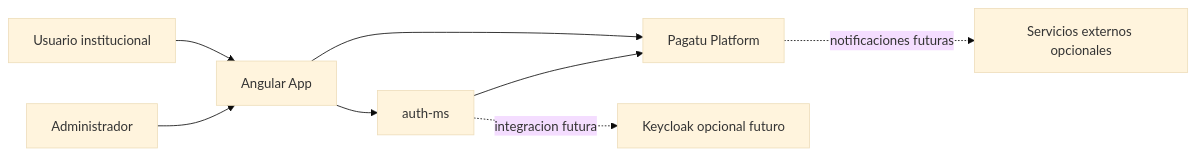
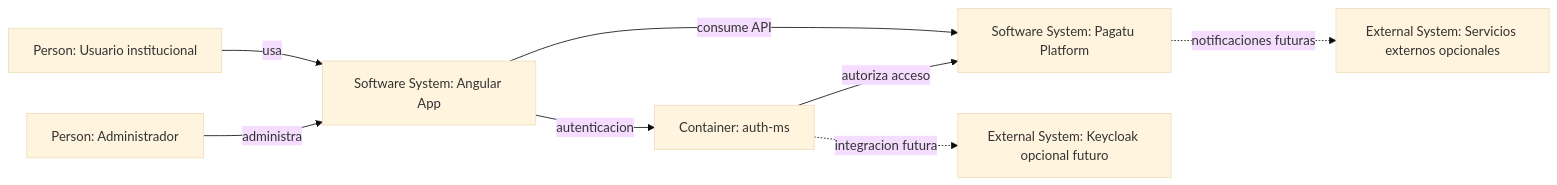
The first of 5 diagrams in README.md (262dist/pagatu), drawn with Mermaid (base theme) before and after one commit. The commit also changed other lines of this file, not shown here.

````diff
--- a/README.md
+++ b/README.md
@@ -39,18 +39,18 @@
 ```mermaid
 flowchart LR
-    usuario[Usuario institucional]
-    admin[Administrador]
-    angular[Angular App]
-    pagatu[Pagatu Platform]
-    auth[auth-ms]
-    keycloak[Keycloak opcional futuro]
-    correo[Servicios externos opcionales]
+    usuario["Person: Usuario institucional"]
+    admin["Person: Administrador"]
+    angular["Software System: Angular App"]
+    pagatu["Software System: Pagatu Platform"]
+    auth["Container: auth-ms"]
+    keycloak["External System: Keycloak opcional futuro"]
+    correo["External System: Servicios externos opcionales"]
 
-    usuario --> angular
-    admin --> angular
-    angular --> pagatu
-    angular --> auth
-    auth --> pagatu
+    usuario -->|usa| angular
+    admin -->|administra| angular
+    angular -->|consume API| pagatu
+    angular -->|autenticacion| auth
+    auth -->|autoriza acceso| pagatu
     auth -. integracion futura .-> keycloak
     pagatu -. notificaciones futuras .-> correo
 ```
````
